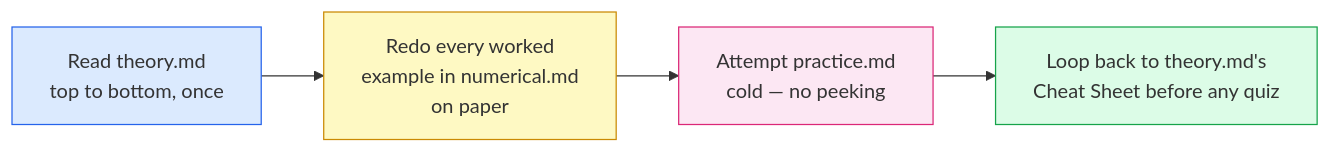
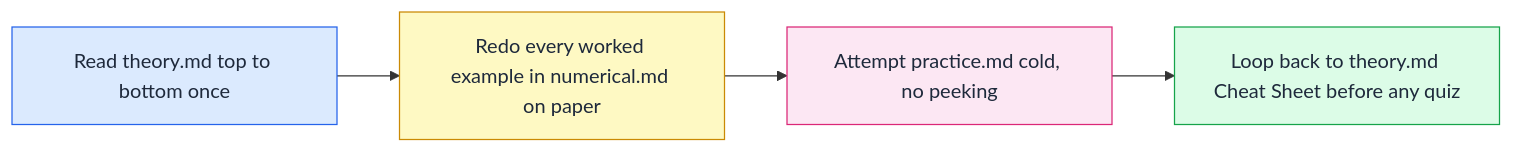
The ninth of 10 diagrams in CV-NLP/Lec_01_Introduction/README.md (rpaut03l/TS-02-03), drawn with Mermaid before and after one commit. The commit also changed other lines of this file and 4 other files, not shown here.

Commit message:
Fix ASCII diagram width (max 63 chars, no more wrapping) and Mermaid dark-mode contrast

````diff
--- a/CV-NLP/Lec_01_Introduction/README.md
+++ b/CV-NLP/Lec_01_Introduction/README.md
@@ -155,11 +176,11 @@
 ```mermaid
 flowchart LR
-    A["Read theory.md<br/>top to bottom, once"] --> B["Redo every worked<br/>example in numerical.md<br/>on paper"]
-    B --> C["Attempt practice.md<br/>cold — no peeking"]
-    C --> D["Loop back to theory.md's<br/>Cheat Sheet before any quiz"]
+    A[Read theory.md top to bottom once] --> B[Redo every worked example in numerical.md on paper]
+    B --> C[Attempt practice.md cold, no peeking]
+    C --> D[Loop back to theory.md Cheat Sheet before any quiz]
 
-    style A fill:#dbeafe,stroke:#2563eb
-    style B fill:#fef9c3,stroke:#ca8a04
-    style C fill:#fce7f3,stroke:#db2777
-    style D fill:#dcfce7,stroke:#16a34a
+    style A fill:#dbeafe,stroke:#2563eb,color:#1e293b
+    style B fill:#fef9c3,stroke:#ca8a04,color:#1e293b
+    style C fill:#fce7f3,stroke:#db2777,color:#1e293b
+    style D fill:#dcfce7,stroke:#16a34a,color:#1e293b
 ```
````
